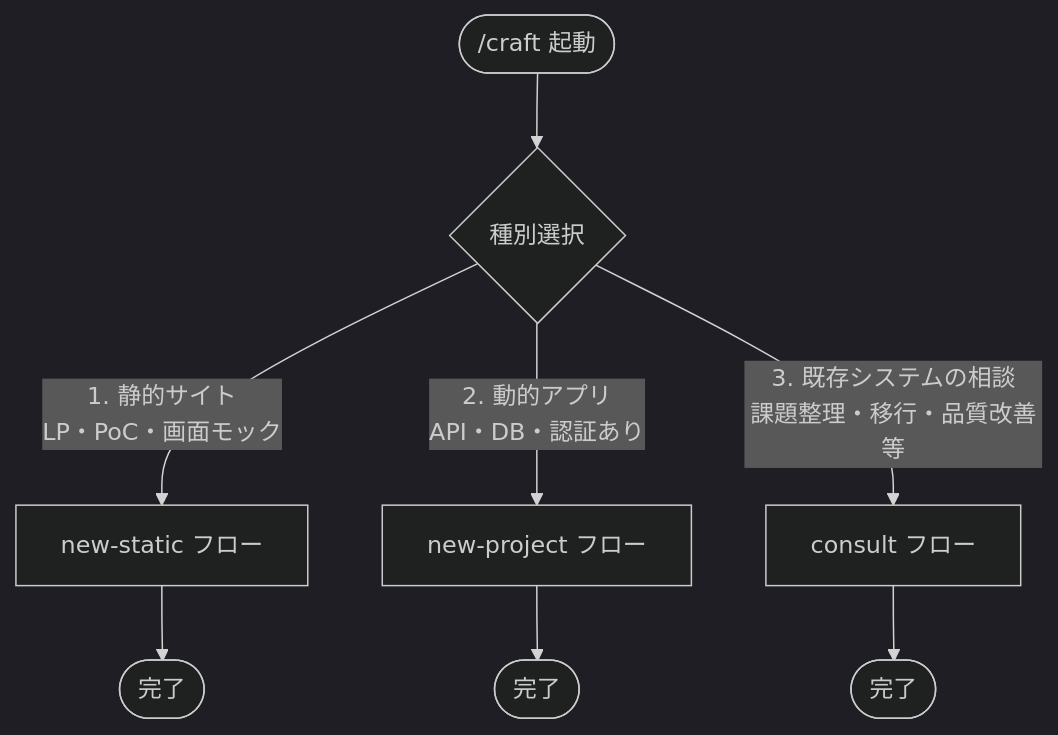
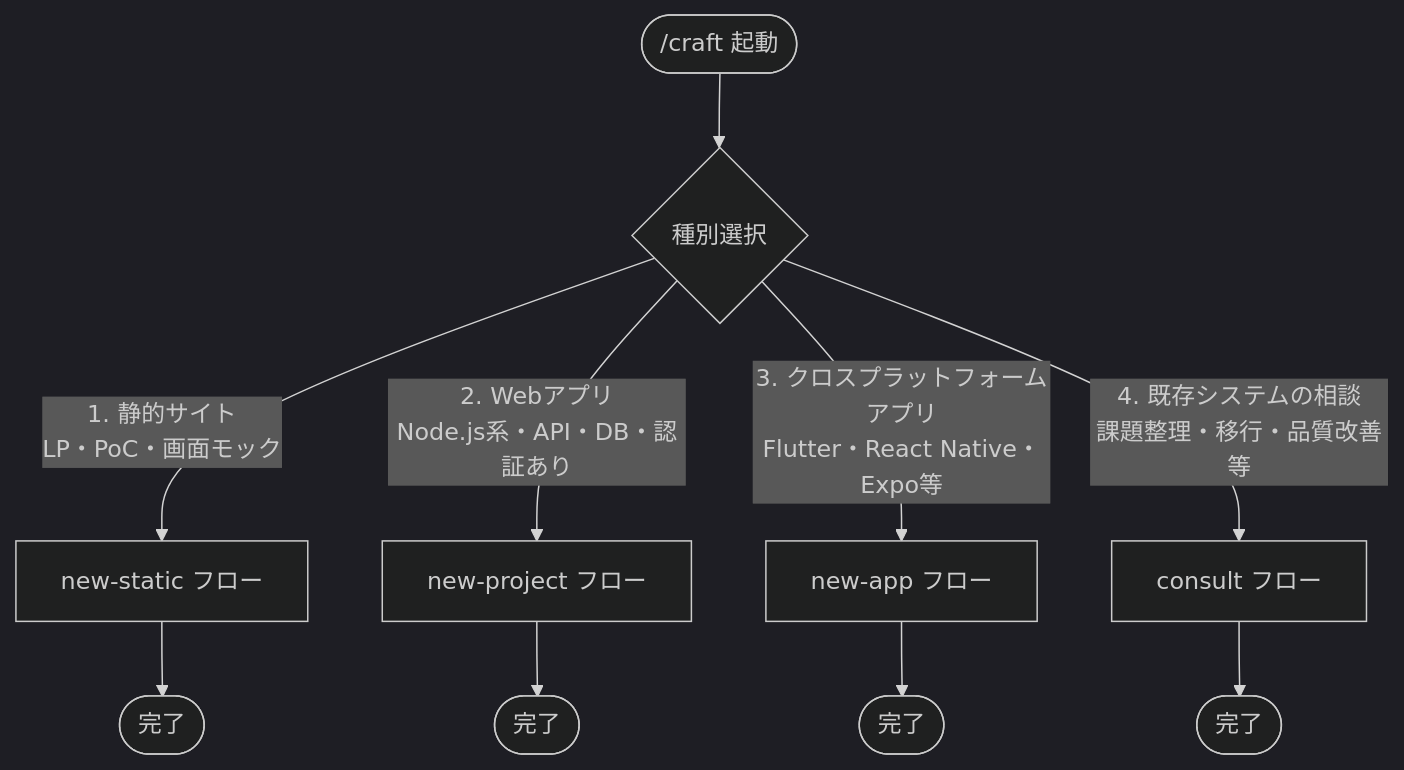
Before and after one commit to agaemo/dotfiles: the first of 6 diagrams in claude/skills/craft/README.md, drawn with Mermaid (dark theme). The commit also changed other lines of this file and 2 other files, not shown here.

Commit message:
craftスキルにクロスプラットフォームアプリ（new-app）フローを追加

````diff
--- a/claude/skills/craft/README.md
+++ b/claude/skills/craft/README.md
@@ -10,10 +10,12 @@
 ```mermaid
 flowchart TD
     START([/craft 起動]) --> ROUTE{種別選択}
     ROUTE -->|1. 静的サイト\nLP・PoC・画面モック| STATIC[new-static フロー]
-    ROUTE -->|2. 動的アプリ\nAPI・DB・認証あり| DYNAMIC[new-project フロー]
-    ROUTE -->|3. 既存システムの相談\n課題整理・移行・品質改善等| CONSULT[consult フロー]
+    ROUTE -->|2. Webアプリ\nNode.js系・API・DB・認証あり| DYNAMIC[new-project フロー]
+    ROUTE -->|3. クロスプラットフォームアプリ\nFlutter・React Native・Expo等| APP[new-app フロー]
+    ROUTE -->|4. 既存システムの相談\n課題整理・移行・品質改善等| CONSULT[consult フロー]
     STATIC --> END_S([完了])
     DYNAMIC --> END_D([完了])
+    APP --> END_A([完了])
     CONSULT --> END_C([完了])
 ```
````
